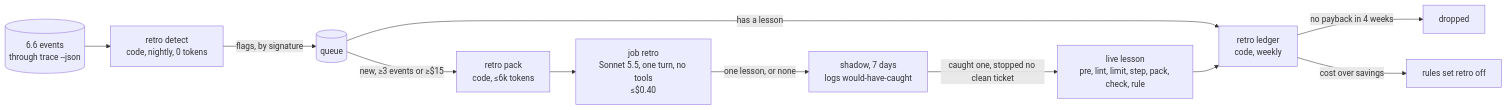
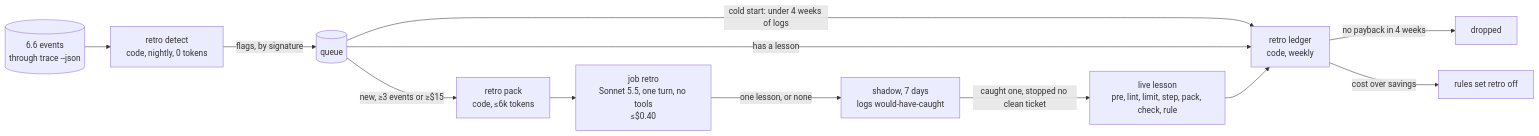
One commit to ProlesDei/maestro changed the ninth of 9 diagrams in docs/design/t3-runtime.md. Above: the diagram before and after it, drawn with Mermaid. The commit also changed other lines of this file, not shown here.

First line of the commit message:
docs: t3-runtime v13, last week's waste as design (1.1), retro on new logs (14.7)

````diff
--- a/docs/design/t3-runtime.md
+++ b/docs/design/t3-runtime.md
@@ -1437,13 +1457,14 @@
 ```mermaid
 flowchart LR
   LOGS[("6.6 events<br/>through trace --json")] --> DET["retro detect<br/>code, nightly, 0 tokens"]
   DET -->|"flags, by signature"| Q[("queue")]
+  Q -->|"cold start: under 4 weeks of logs"| LED
   Q -->|"has a lesson"| LED
   Q -->|"new, ≥3 events or ≥$15"| PACK["retro pack<br/>code, ≤6k tokens"]
   PACK --> JUDGE["job retro<br/>Sonnet 5.5, one turn, no tools<br/>≤$0.40"]
   JUDGE -->|"one lesson, or none"| SH["shadow, 7 days<br/>logs would-have-caught"]
   SH -->|"caught one, stopped no clean ticket"| LIVE["live lesson<br/>pre, lint, limit, step, pack, check, rule"]
   LIVE --> LED["retro ledger<br/>code, weekly"]
   LED -->|"no payback in 4 weeks"| DROP["dropped"]
   LED -->|"cost over savings"| OFF["rules set retro off"]
 ```
````
